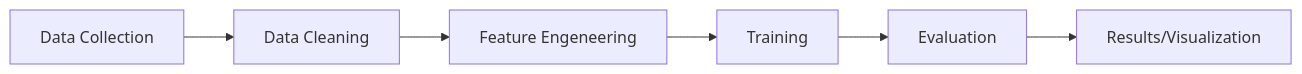
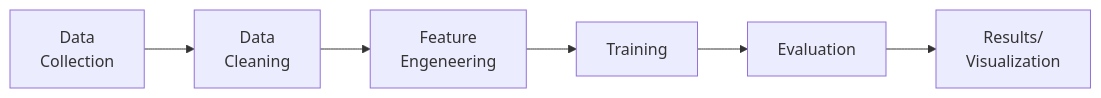
The diagram in README.md (MarcoZengg/predicting-stock-direction), drawn with Mermaid before and after one commit. The commit also changed other lines of this file, not shown here.

````diff
--- a/README.md
+++ b/README.md
@@ -92,8 +92,12 @@
 ```mermaid
 flowchart LR
-  data["Data Collection"] --> cleaning["Data Cleaning"]
-  cleaning --> features["Feature Engeneering"]
+  data["Data 
+  Collection"] --> cleaning["Data 
+  Cleaning"]
+  cleaning --> features["Feature 
+  Engeneering"]
   features --> models["Training"]
   models --> evaluation["Evaluation"]
-  evaluation --> results["Results/Visualization"]
+  evaluation --> results["Results/
+  Visualization"]
 ```
````
